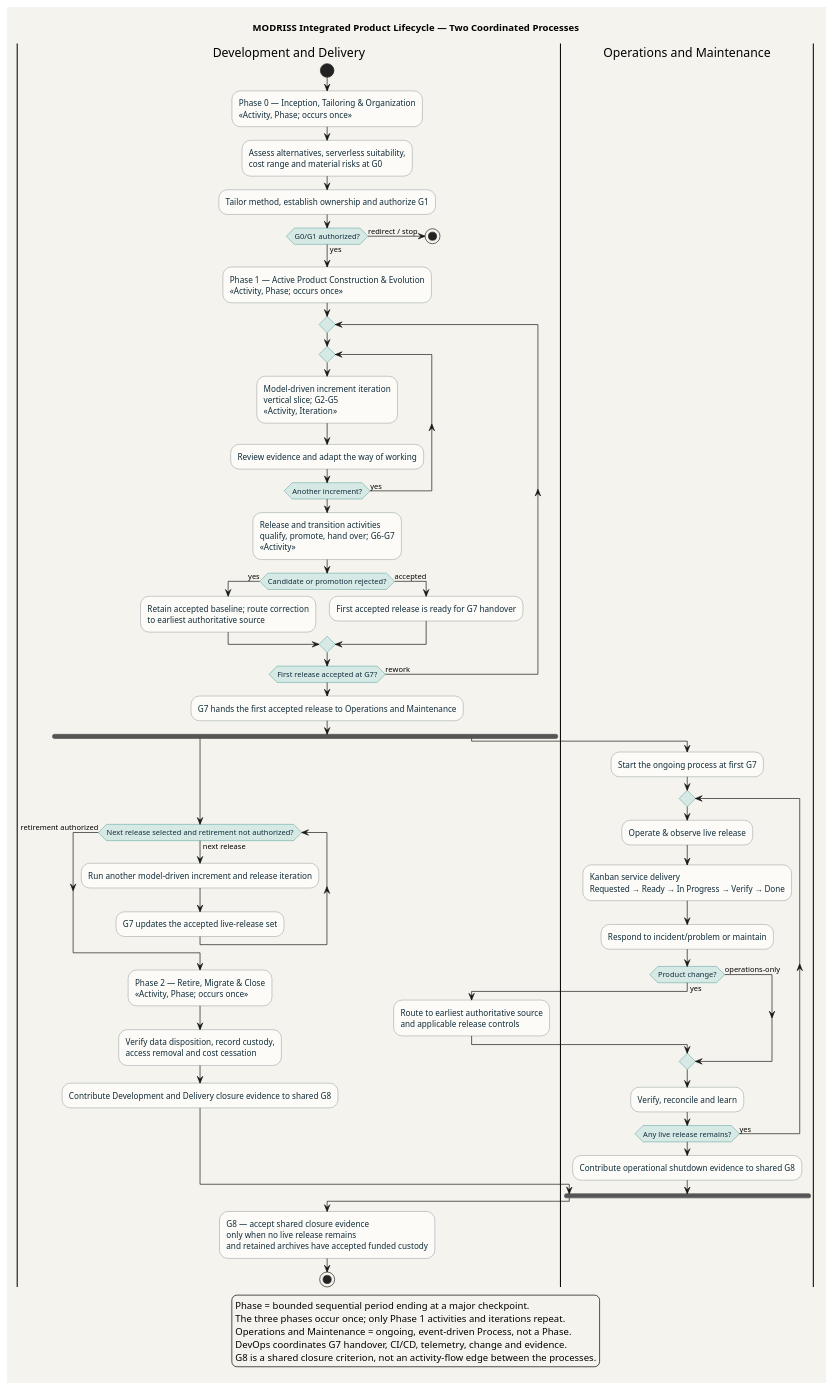
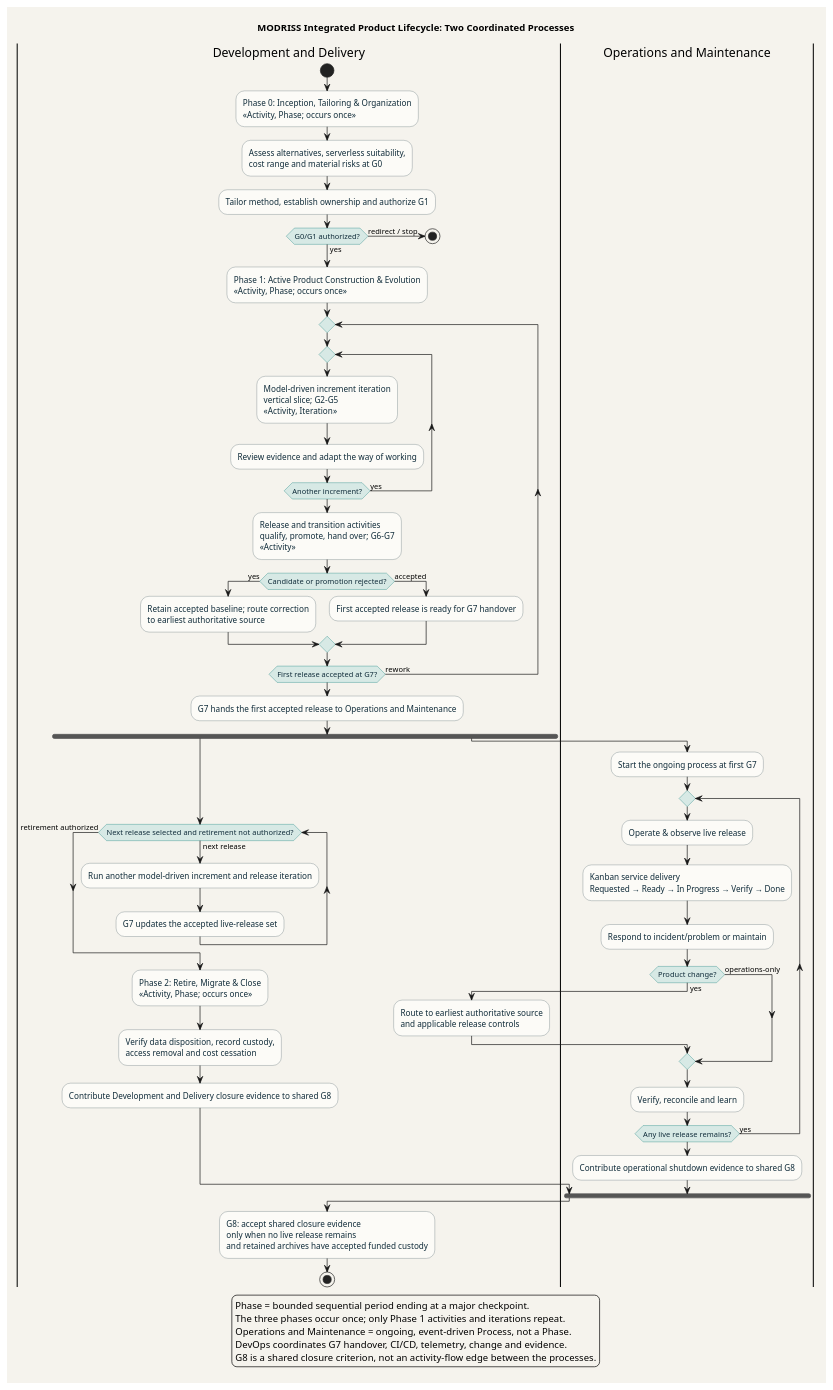
One commit to mehdieidi/modriss changed the diagram in mde/process/method/spem/views/lifecycle.puml. Above: the diagram before and after it, drawn with PlantUML. The commit also changed 36 other files, not shown here.

```diff
--- a/mde/process/method/spem/views/lifecycle.puml
+++ b/mde/process/method/spem/views/lifecycle.puml
@@ -1,75 +1,75 @@
 @startuml
-title MODRISS Integrated Product Lifecycle — Two Coordinated Processes
+title MODRISS Integrated Product Lifecycle: Two Coordinated Processes
 skinparam backgroundColor #F5F3ED
 skinparam shadowing false
 skinparam activity {
   BackgroundColor #FCFBF7
   BorderColor #617178
   FontColor #102C3A
   DiamondBackgroundColor #D7E9E5
   DiamondBorderColor #087B78
 }
 
 |Development and Delivery|
 start
-:Phase 0 — Inception, Tailoring & Organization\n«Activity, Phase; occurs once»;
+:Phase 0: Inception, Tailoring & Organization\n«Activity, Phase; occurs once»;
 :Assess alternatives, serverless suitability,\ncost range and material risks at G0;
 :Tailor method, establish ownership and authorize G1;
 if (G0/G1 authorized?) then (yes)
 else (redirect / stop)
   stop
 endif
 
-:Phase 1 — Active Product Construction & Evolution\n«Activity, Phase; occurs once»;
+:Phase 1: Active Product Construction & Evolution\n«Activity, Phase; occurs once»;
 repeat
   repeat
     :Model-driven increment iteration\nvertical slice; G2–G5\n«Activity, Iteration»;
     :Review evidence and adapt the way of working;
   repeat while (Another increment?) is (yes)
   :Release and transition activities\nqualify, promote, hand over; G6–G7\n«Activity»;
   if (Candidate or promotion rejected?) then (yes)
     :Retain accepted baseline; route correction\nto earliest authoritative source;
   else (accepted)
     :First accepted release is ready for G7 handover;
   endif
 repeat while (First release accepted at G7?) is (rework)
 :G7 hands the first accepted release to Operations and Maintenance;
 
 fork
   while (Next release selected and retirement not authorized?) is (next release)
     :Run another model-driven increment and release iteration;
     :G7 updates the accepted live-release set;
   endwhile (retirement authorized)
-  :Phase 2 — Retire, Migrate & Close\n«Activity, Phase; occurs once»;
+  :Phase 2: Retire, Migrate & Close\n«Activity, Phase; occurs once»;
   :Verify data disposition, record custody,\naccess removal and cost cessation;
   :Contribute Development and Delivery closure evidence to shared G8;
 fork again
   |Operations and Maintenance|
   :Start the ongoing process at first G7;
   repeat
     :Operate & observe live release;
     :Kanban service delivery\nRequested → Ready → In Progress → Verify → Done;
     :Respond to incident/problem or maintain;
     if (Product change?) then (yes)
       |Development and Delivery|
       :Route to earliest authoritative source\nand applicable release controls;
       |Operations and Maintenance|
     else (operations-only)
     endif
     :Verify, reconcile and learn;
   repeat while (Any live release remains?) is (yes)
   :Contribute operational shutdown evidence to shared G8;
 end fork
 
 |Development and Delivery|
-:G8 — accept shared closure evidence\nonly when no live release remains\nand retained archives have accepted funded custody;
+:G8: accept shared closure evidence\nonly when no live release remains\nand retained archives have accepted funded custody;
 stop
 
 legend bottom
   Phase = bounded sequential period ending at a major checkpoint.
   The three phases occur once; only Phase 1 activities and iterations repeat.
   Operations and Maintenance = ongoing, event-driven Process, not a Phase.
   DevOps coordinates G7 handover, CI/CD, telemetry, change and evidence.
   G8 is a shared closure criterion, not an activity-flow edge between the processes.
 endlegend
 @enduml
```
